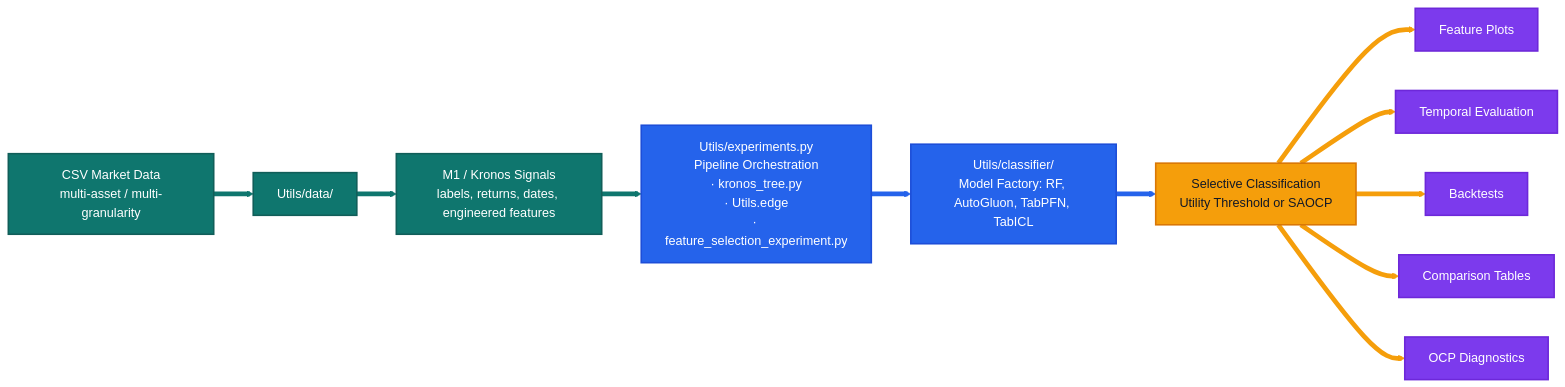
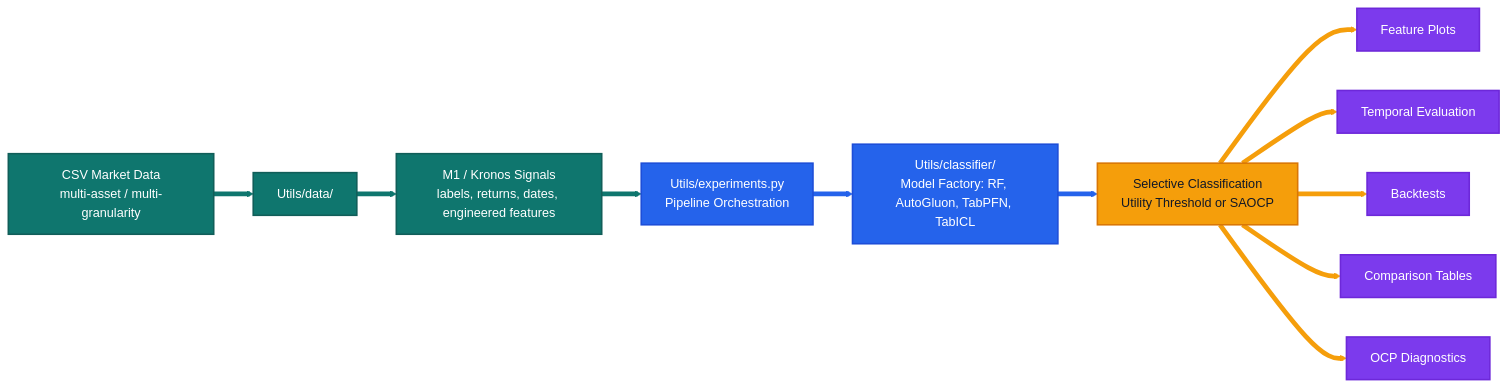
The first of 4 diagrams in README.md (Pablo-Molla-Charlez/SecondaryModel), drawn with Mermaid before and after one commit. The commit also changed other lines of this file, not shown here.

````diff
--- a/README.md
+++ b/README.md
@@ -36,25 +36,25 @@
 ```mermaid
 %%{init: {'theme': 'base', 'themeVariables': { 'primaryColor': '#0f766e', 'primaryBorderColor': '#115e59', 'primaryTextColor': '#ffffff', 'secondaryColor': '#f59e0b', 'tertiaryColor': '#dbeafe', 'lineColor': '#0f172a', 'background': '#ffffff'}}}%%
 flowchart LR
     A[CSV Market Data<br/>multi-asset / multi-granularity] --> B[Utils/data/]
     B --> C[M1 / Kronos Signals<br/>labels, returns, dates, engineered features]
-    C --> D[Utils/experiments.py<br/>Pipeline Orchestration<br/>· kronos_tree.py<br/>· Utils.edge<br/>· feature_selection_experiment.py]
+    C --> D[Utils/experiments.py<br/>Pipeline Orchestration]
     D --> K[Utils/classifier/<br/>Model Factory: RF, AutoGluon, TabPFN, TabICL]
     K --> E[Selective Classification<br/>Utility Threshold or SAOCP]
     E --> F[Feature Plots]
     E --> G[Temporal Evaluation]
     E --> H[Backtests]
     E --> I[Comparison Tables]
     E --> J[OCP Diagnostics]
     classDef input fill:#0f766e,stroke:#115e59,color:#ffffff,stroke-width:2px;
     classDef model fill:#2563eb,stroke:#1d4ed8,color:#ffffff,stroke-width:2px;
     classDef select fill:#f59e0b,stroke:#d97706,color:#111827,stroke-width:2px;
     classDef report fill:#7c3aed,stroke:#6d28d9,color:#ffffff,stroke-width:2px;
     class A,B,C input;
     class D,K model;
     class E select;
     class F,G,H,I,J report;
     linkStyle 0,1,2 stroke:#0f766e,stroke-width:6px;
     linkStyle 3,4 stroke:#2563eb,stroke-width:6px;
     linkStyle 5,6,7,8,9 stroke:#f59e0b,stroke-width:6px;
 ```
````
